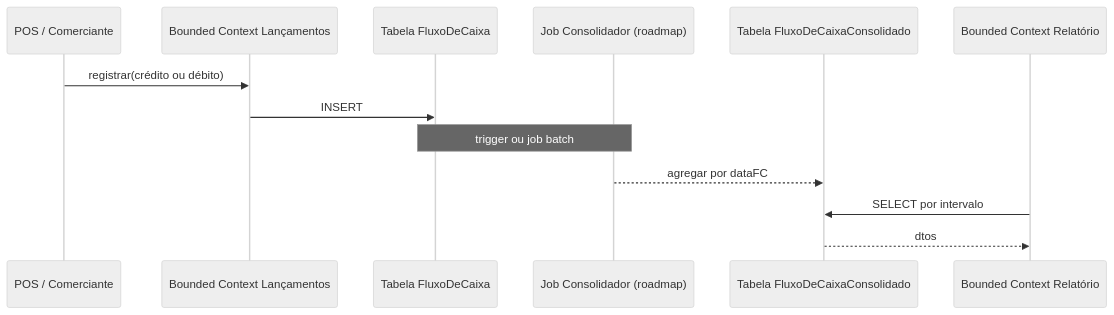
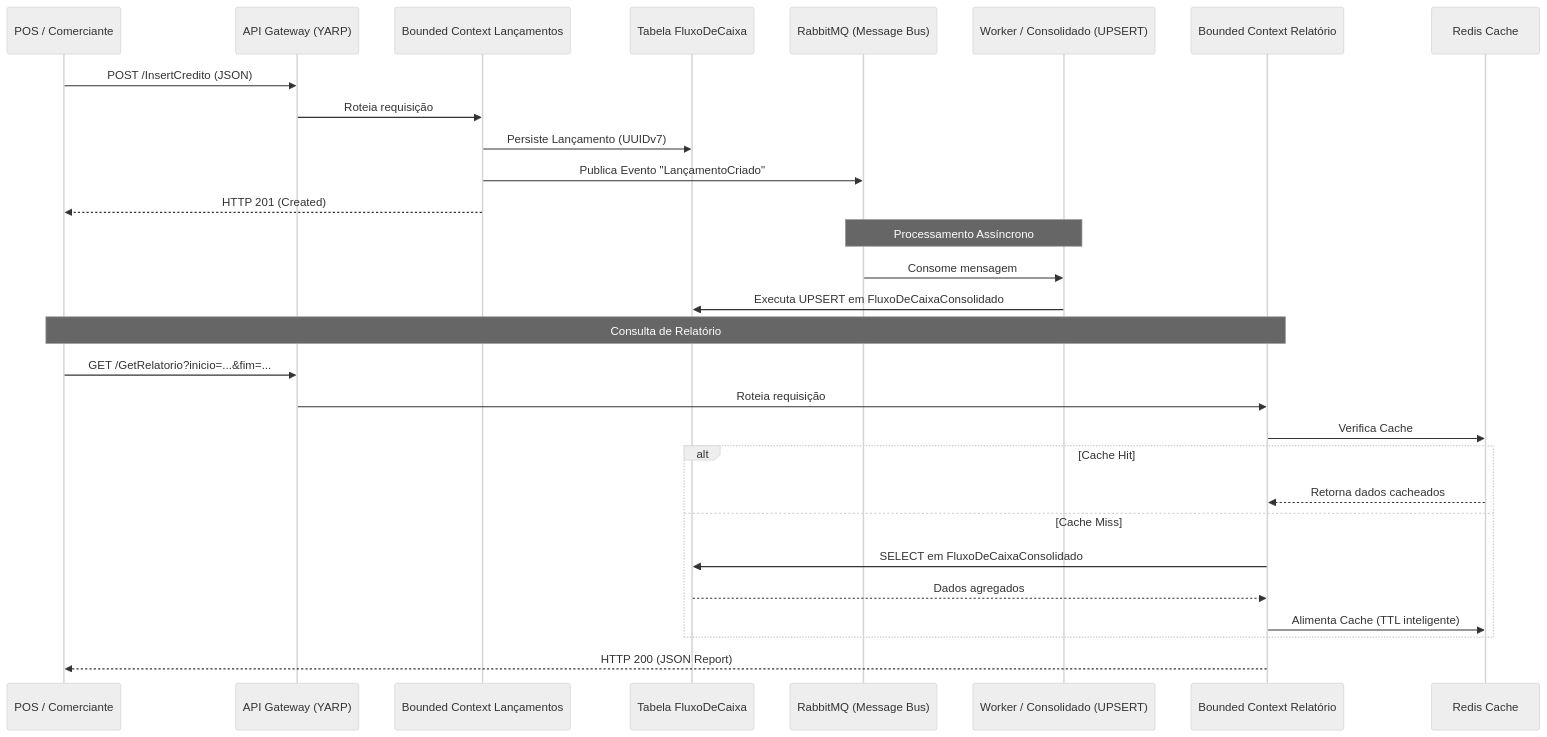
Before and after one commit to RenatoMarchisio/fluxodecaixa: the third of 3 diagrams in documentos/dominio/dominio-e-capacidades.md, drawn with Mermaid (neutral theme). The commit also changed other lines of this file and 8 other files, not shown here.

````diff
--- a/documentos/dominio/dominio-e-capacidades.md
+++ b/documentos/dominio/dominio-e-capacidades.md
@@ -122,16 +117,34 @@
 ```mermaid
 sequenceDiagram
   participant POS as POS / Comerciante
+  participant GW as API Gateway (YARP)
   participant LANC as Bounded Context Lançamentos
   participant SQL as Tabela FluxoDeCaixa
-  participant JOB as Job Consolidador (roadmap)
-  participant CONS as Tabela FluxoDeCaixaConsolidado
+  participant BUS as RabbitMQ (Message Bus)
+  participant CONS as Worker / Consolidado (UPSERT)
   participant REL as Bounded Context Relatório
+  participant REDIS as Redis Cache
 
-  POS->>LANC: registrar(crédito ou débito)
-  LANC->>SQL: INSERT
-  Note over SQL,JOB: trigger ou job batch
-  JOB-->>CONS: agregar por dataFC
-  REL->>CONS: SELECT por intervalo
-  CONS-->>REL: dtos
+  POS->>GW: POST /InsertCredito (JSON)
+  GW->>LANC: Roteia requisição
+  LANC->>SQL: Persiste Lançamento (UUIDv7)
+  LANC->>BUS: Publica Evento "LançamentoCriado"
+  LANC-->>POS: HTTP 201 (Created)
+  
+  Note over BUS,CONS: Processamento Assíncrono
+  BUS->>CONS: Consome mensagem
+  CONS->>SQL: Executa UPSERT em FluxoDeCaixaConsolidado
+  
+  Note over POS,REL: Consulta de Relatório
+  POS->>GW: GET /GetRelatorio?inicio=...&fim=...
+  GW->>REL: Roteia requisição
+  REL->>REDIS: Verifica Cache
+  ALT Cache Hit
+    REDIS-->>REL: Retorna dados cacheados
+  ELSE Cache Miss
+    REL->>SQL: SELECT em FluxoDeCaixaConsolidado
+    SQL-->>REL: Dados agregados
+    REL->>REDIS: Alimenta Cache (TTL inteligente)
+  END
+  REL-->>POS: HTTP 200 (JSON Report)
 ```
````
